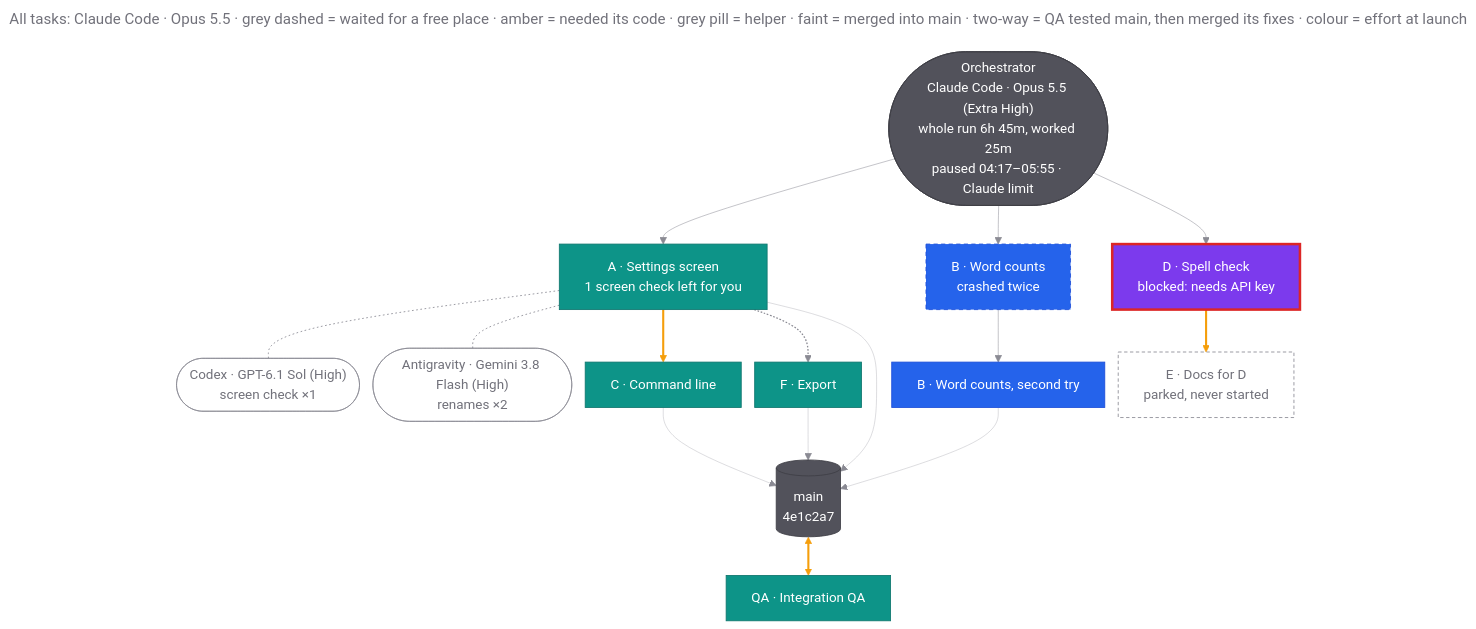
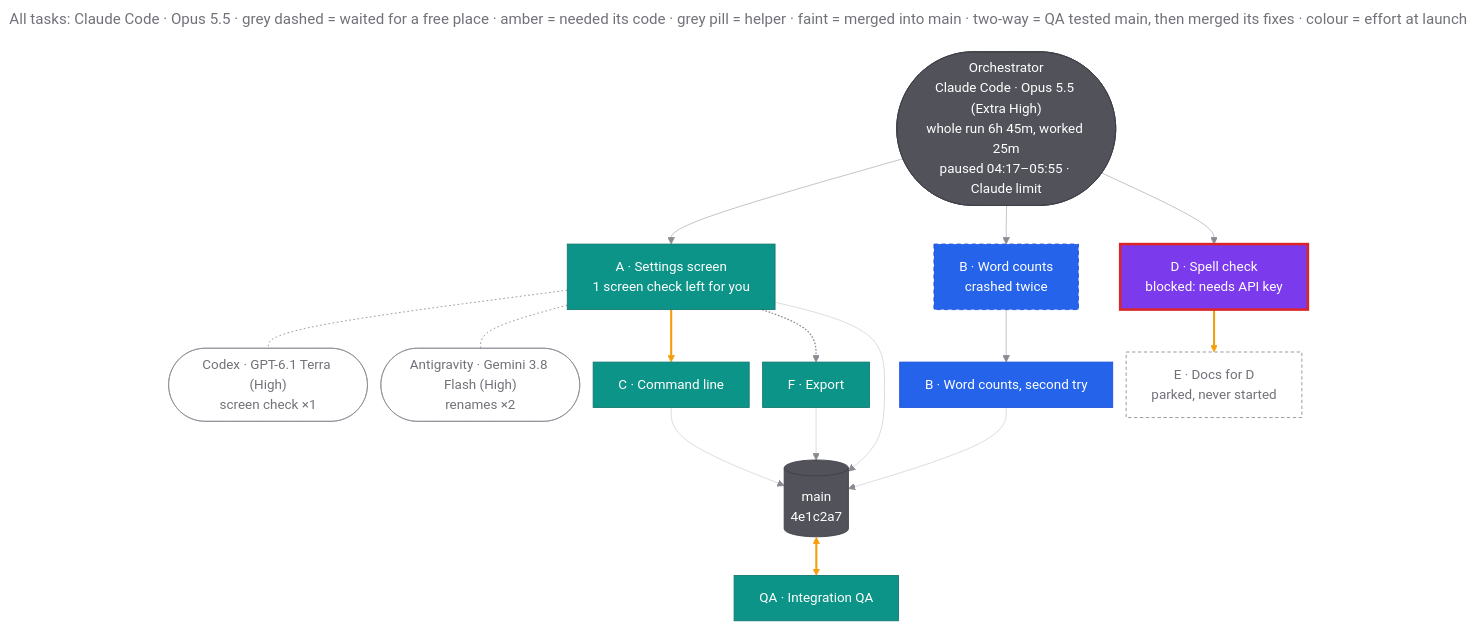
One commit to kristianbonnici/agent-skills changed the first of 2 diagrams in skills/long-horizon-orchestrator/references/final-report.md. Above: the diagram before and after it, drawn with Mermaid. The commit also changed 3 other files, not shown here.

Commit message:
feat(skills): computer use goes to Codex's GPT-6.1 Terra at high (owner, 2026-10-28: cheaper than Sol and faster at computer use), also for a task that is mostly computer use; Terra defaults to low, so its level is set; its cost on the owner's plan to be calibrated

````diff
--- a/skills/long-horizon-orchestrator/references/final-report.md
+++ b/skills/long-horizon-orchestrator/references/final-report.md
@@ -144,44 +144,44 @@
 ```mermaid
 ---
 title: "All tasks: Claude Code · Opus 5.5 · grey dashed = waited for a free place · amber = needed its code · grey pill = helper · faint = merged into main · two-way = QA tested main, then merged its fixes · colour = effort at launch"
 ---
 %%{init: {"theme": "base", "fontFamily": "Helvetica Neue, Helvetica, Arial, sans-serif", "themeVariables": {"titleColor": "#71717a", "textColor": "#71717a", "lineColor": "#8a8a93"}, "flowchart": {"curve": "basis", "nodeSpacing": 16, "rankSpacing": 46}}}%%
 flowchart TB
   O(["Orchestrator<br/>Claude Code · Opus 5.5 (Extra High)<br/>whole run 6h 45m, worked 25m<br/>paused 04:17–05:55 · Claude limit"]):::orch
   A["A · Settings screen<br/>1 screen check left for you"]:::high
   B1["B · Word counts<br/>crashed twice"]:::xhigh
   D["D · Spell check<br/>blocked: needs API key"]:::ultra
-  HA(["Codex · GPT-6.1 Sol (High)<br/>screen check ×1"]):::helper
+  HA(["Codex · GPT-6.1 Terra (High)<br/>screen check ×1"]):::helper
   HB(["Antigravity · Gemini 3.8 Flash (High)<br/>renames ×2"]):::helper
   B2["B · Word counts, second try"]:::xhigh
   C["C · Command line"]:::high
   F["F · Export"]:::high
   E["E · Docs for D<br/>parked, never started"]:::parked
   MAIN[("main<br/>4e1c2a7")]:::orch
   QA["QA · Integration QA"]:::high
   O --> A & B1 & D
   A -.- HA
   A -.- HB
   B1 --> B2
   A ==> C
   A -.-> F
   D ==> E
   A ---> MAIN
   B2 & C & F --> MAIN
   MAIN <==> QA
   classDef orch fill:#52525b,stroke:#3f3f46,color:#ffffff
   classDef ultra fill:#7c3aed,stroke:#6d28d9,color:#ffffff
   classDef xhigh fill:#2563eb,stroke:#1d4ed8,color:#ffffff
   classDef high fill:#0d9488,stroke:#0f766e,color:#ffffff
   classDef helper fill:transparent,stroke:#8a8a93,color:#71717a
   classDef parked fill:transparent,stroke:#8a8a93,stroke-dasharray:4 3,color:#71717a
   classDef blocked stroke:#dc2626,stroke-width:3px
   classDef replaced stroke-dasharray:5 4
   class D blocked
   class B1 replaced
   linkStyle 0,1,2,5 stroke:#8a8a93,stroke-width:1px,stroke-opacity:0.6
   linkStyle 3,4 stroke:#8a8a93,stroke-width:1px,stroke-dasharray:2 3
   linkStyle 7 stroke:#8a8a93,stroke-width:1.5px
   linkStyle 6,8,13 stroke:#f59e0b,stroke-width:2.5px
   linkStyle 9,10,11,12 stroke:#8a8a93,stroke-width:1px,stroke-opacity:0.35
 ```
````
